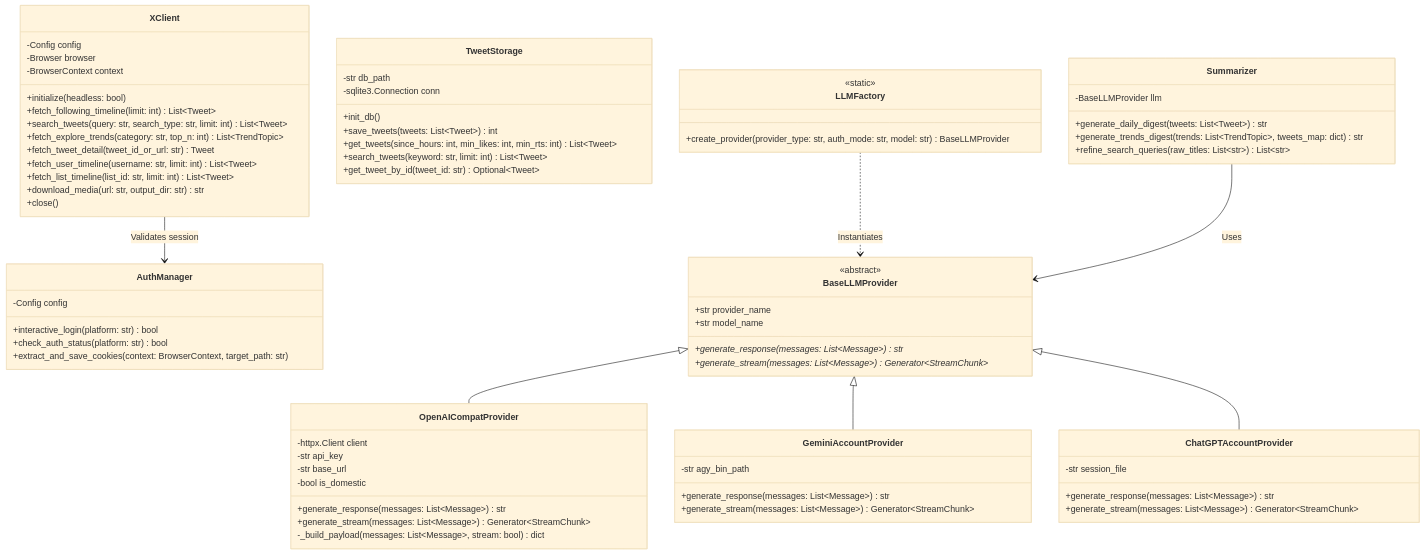
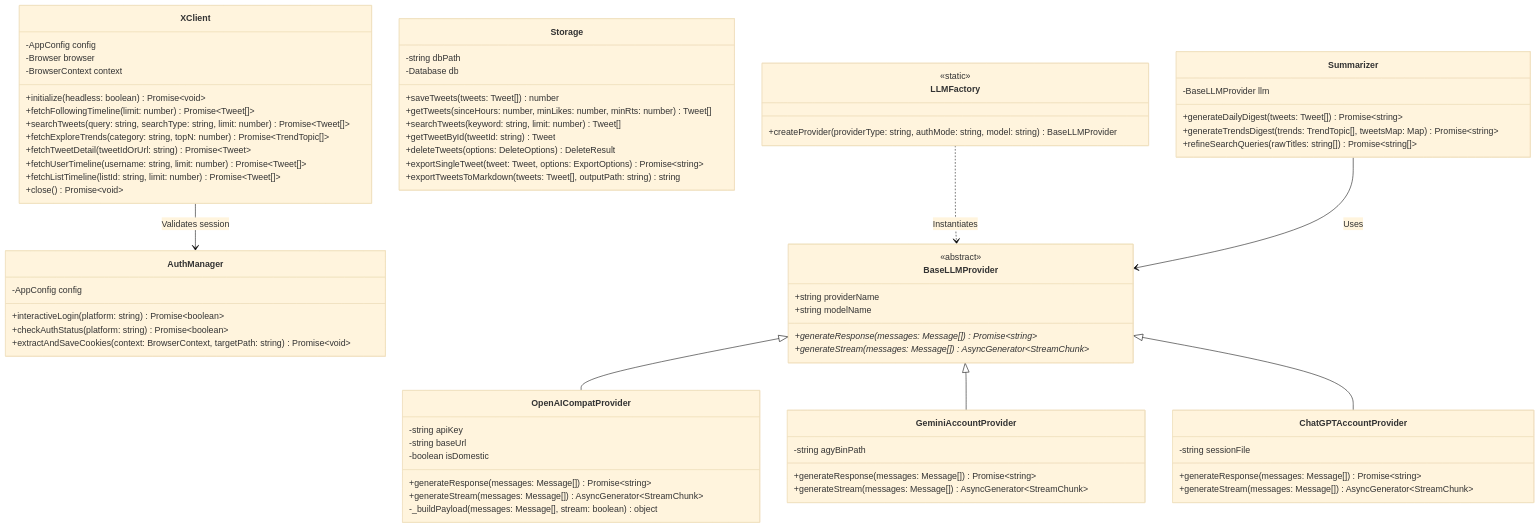
Before and after one commit to monkeychen/xtract: the first of 5 diagrams in docs/detailed_design.md, drawn with Mermaid (base theme). The commit also changed other lines of this file and 2 other files, not shown here.

Commit message:
docs: align uml diagrams and runtime details across docs with typescript architecture

````diff
--- a/docs/detailed_design.md
+++ b/docs/detailed_design.md
@@ -13,77 +13,77 @@
 ```mermaid
 classDiagram
     class XClient {
-        -Config config
+        -AppConfig config
         -Browser browser
         -BrowserContext context
-        +initialize(headless: bool)
-        +fetch_following_timeline(limit: int) List~Tweet~
-        +search_tweets(query: str, search_type: str, limit: int) List~Tweet~
-        +fetch_explore_trends(category: str, top_n: int) List~TrendTopic~
-        +fetch_tweet_detail(tweet_id_or_url: str) Tweet
-        +fetch_user_timeline(username: str, limit: int) List~Tweet~
-        +fetch_list_timeline(list_id: str, limit: int) List~Tweet~
-        +download_media(url: str, output_dir: str) str
-        +close()
+        +initialize(headless: boolean) Promise~void~
+        +fetchFollowingTimeline(limit: number) Promise~Tweet[]~
+        +searchTweets(query: string, searchType: string, limit: number) Promise~Tweet[]~
+        +fetchExploreTrends(category: string, topN: number) Promise~TrendTopic[]~
+        +fetchTweetDetail(tweetIdOrUrl: string) Promise~Tweet~
+        +fetchUserTimeline(username: string, limit: number) Promise~Tweet[]~
+        +fetchListTimeline(listId: string, limit: number) Promise~Tweet[]~
+        +close() Promise~void~
     }
 
-    class TweetStorage {
-        -str db_path
-        -sqlite3.Connection conn
-        +init_db()
-        +save_tweets(tweets: List~Tweet~) int
-        +get_tweets(since_hours: int, min_likes: int, min_rts: int) List~Tweet~
-        +search_tweets(keyword: str, limit: int) List~Tweet~
-        +get_tweet_by_id(tweet_id: str) Optional~Tweet~
+    class Storage {
+        -string dbPath
+        -Database db
+        +saveTweets(tweets: Tweet[]) number
+        +getTweets(sinceHours: number, minLikes: number, minRts: number) Tweet[]
+        +searchTweets(keyword: string, limit: number) Tweet[]
+        +getTweetById(tweetId: string) Tweet
+        +deleteTweets(options: DeleteOptions) DeleteResult
+        +exportSingleTweet(tweet: Tweet, options: ExportOptions) Promise~string~
+        +exportTweetsToMarkdown(tweets: Tweet[], outputPath: string) string
     }
 
     class AuthManager {
-        -Config config
-        +interactive_login(platform: str) bool
-        +check_auth_status(platform: str) bool
-        +extract_and_save_cookies(context: BrowserContext, target_path: str)
+        -AppConfig config
+        +interactiveLogin(platform: string) Promise~boolean~
+        +checkAuthStatus(platform: string) Promise~boolean~
+        +extractAndSaveCookies(context: BrowserContext, targetPath: string) Promise~void~
     }
 
     class BaseLLMProvider {
         <<abstract>>
-        +str provider_name
-        +str model_name
-        +generate_response(messages: List~Message~) str*
-        +generate_stream(messages: List~Message~) Generator~StreamChunk~*
+        +string providerName
+        +string modelName
+        +generateResponse(messages: Message[]) Promise~string~*
+        +generateStream(messages: Message[]) AsyncGenerator~StreamChunk~*
     }
 
     class OpenAICompatProvider {
-        -httpx.Client client
-        -str api_key
-        -str base_url
-        -bool is_domestic
-        +generate_response(messages: List~Message~) str
-        +generate_stream(messages: List~Message~) Generator~StreamChunk~
-        -_build_payload(messages: List~Message~, stream: bool) dict
+        -string apiKey
+        -string baseUrl
+        -boolean isDomestic
+        +generateResponse(messages: Message[]) Promise~string~
+        +generateStream(messages: Message[]) AsyncGenerator~StreamChunk~
+        -_buildPayload(messages: Message[], stream: boolean) object
     }
 
     class GeminiAccountProvider {
-        -str agy_bin_path
-        +generate_response(messages: List~Message~) str
-        +generate_stream(messages: List~Message~) Generator~StreamChunk~
+        -string agyBinPath
+        +generateResponse(messages: Message[]) Promise~string~
+        +generateStream(messages: Message[]) AsyncGenerator~StreamChunk~
     }
 
     class ChatGPTAccountProvider {
-        -str session_file
-        +generate_response(messages: List~Message~) str
-        +generate_stream(messages: List~Message~) Generator~StreamChunk~
+        -string sessionFile
+        +generateResponse(messages: Message[]) Promise~string~
+        +generateStream(messages: Message[]) AsyncGenerator~StreamChunk~
     }
 
     class LLMFactory {
         <<static>>
-        +create_provider(provider_type: str, auth_mode: str, model: str) BaseLLMProvider
+        +createProvider(providerType: string, authMode: string, model: string) BaseLLMProvider
     }
 
     class Summarizer {
         -BaseLLMProvider llm
-        +generate_daily_digest(tweets: List~Tweet~) str
-        +generate_trends_digest(trends: List~TrendTopic~, tweets_map: dict) str
-        +refine_search_queries(raw_titles: List~str~) List~str~
+        +generateDailyDigest(tweets: Tweet[]) Promise~string~
+        +generateTrendsDigest(trends: TrendTopic[], tweetsMap: Map) Promise~string~
+        +refineSearchQueries(rawTitles: string[]) Promise~string[]~
     }
 
     BaseLLMProvider <|-- OpenAICompatProvider
````
